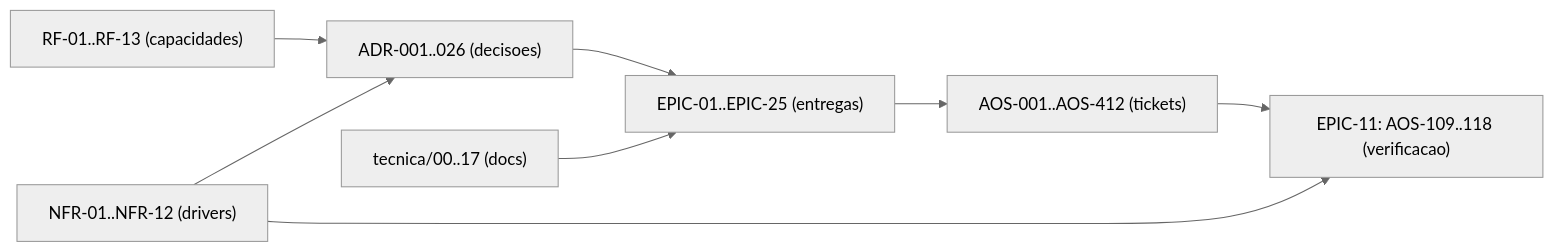
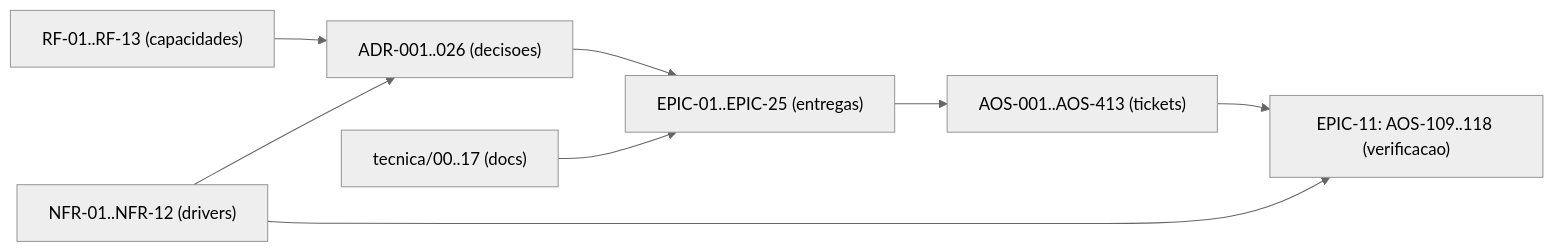
One commit to albinoJimy/aos changed the diagram in tecnica/16_Rastreabilidade_RTM.md. Above: the diagram before and after it, drawn with Mermaid (neutral theme). The commit also changed other lines of this file and 1 other file, not shown here.

First line of the commit message:
docs(AOS-413): os nós despachados de um organigrama executam até ao fim (#329)

````diff
--- a/tecnica/16_Rastreabilidade_RTM.md
+++ b/tecnica/16_Rastreabilidade_RTM.md
@@ -184,10 +184,10 @@
 ```mermaid
 flowchart LR
     RF["RF-01..RF-13 (capacidades)"] --> ADR["ADR-001..026 (decisoes)"]
     NFR["NFR-01..NFR-12 (drivers)"] --> ADR
     ADR --> EPIC["EPIC-01..EPIC-25 (entregas)"]
-    EPIC --> TICK["AOS-001..AOS-412 (tickets)"]
+    EPIC --> TICK["AOS-001..AOS-413 (tickets)"]
     DOC["tecnica/00..17 (docs)"] --> EPIC
     TICK --> TEST["EPIC-11: AOS-109..118 (verificacao)"]
     NFR --> TEST
 ```
````
